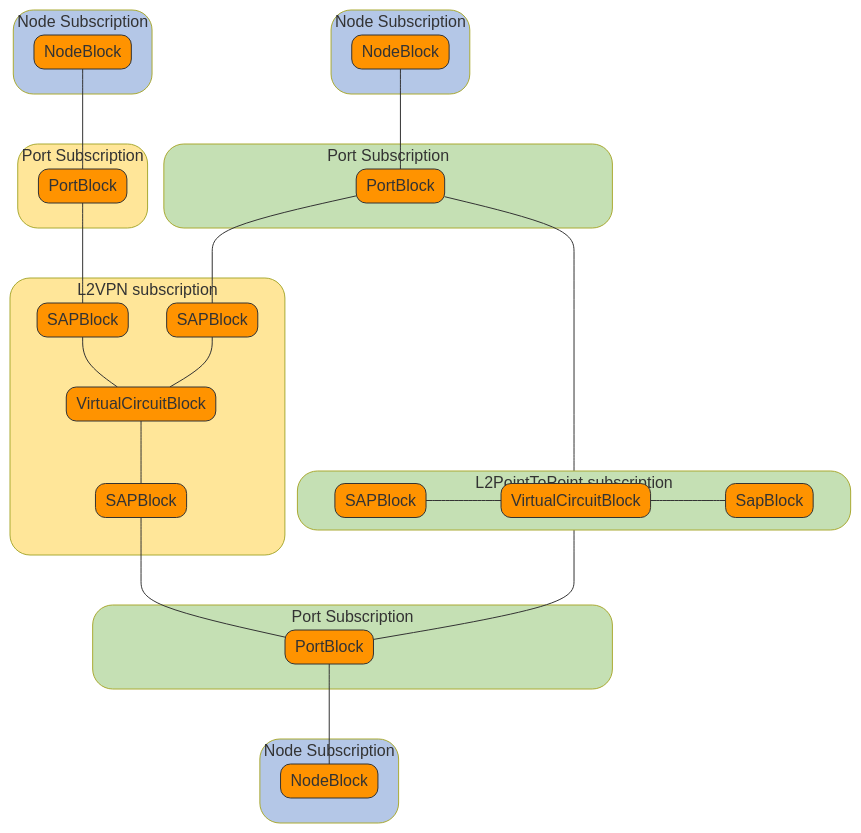
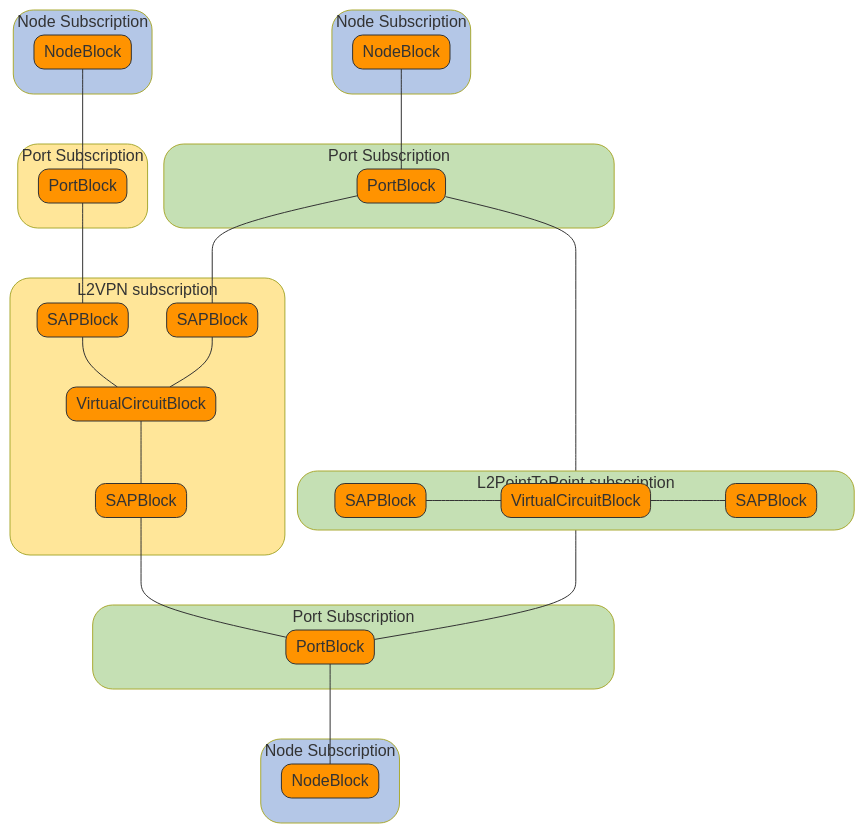
The second of 2 diagrams in docs/workshops/example-orchestrator/scenario.md (workfloworchestrator/workfloworchestrator.github.io), drawn with Mermaid before and after one commit. The commit also changed other lines of this file and 10 other files, not shown here.

````diff
--- a/docs/workshops/example-orchestrator/scenario.md
+++ b/docs/workshops/example-orchestrator/scenario.md
@@ -31,65 +31,65 @@
 ```mermaid
 %%{init: {
     'flowchart': {
         'padding': 5,
         'nodeSpacing': 5
     }
 }}%%
 flowchart
     direction TB
     subgraph sg_node1[Node Subscription]
         node1[NodeBlock]
     end
     subgraph sg_node2[Node Subscription]
         node2[NodeBlock]
     end
     subgraph sg_node3[Node Subscription]
         node3[NodeBlock]
     end
     subgraph sg_port1[Port Subscription]
         port1[PortBlock]
     end
     subgraph sg_port2[Port Subscription]
         port2[PortBlock]
     end
     subgraph sg_port3[Port Subscription]
         port3[PortBlock]
     end
     node1 --- port1
     node2 --- port2
     port3 --- node3
     subgraph sg_l2ptp[L2PointToPoint subscription]
         direction LR
         l2ptp_sap1[SAPBlock]
         l2ptp_vc[VirtualCircuitBlock]
-        l2ptp_sap2[SapBlock]
+        l2ptp_sap2[SAPBlock]
         l2ptp_sap1 --- l2ptp_vc
         l2ptp_vc --- l2ptp_sap2
     end
     port1 --- l2ptp_sap1
     l2ptp_sap2 --- port3
     subgraph sg_l2vpn[L2VPN subscription]
         l2vpn_sap1[SAPBlock]
         l2vpn_sap2[SAPBlock]
         l2vpn_sap3[SAPBlock]
         l2vpn_vc[VirtualCircuitBlock]
         l2vpn_sap1 --- l2vpn_vc
         l2vpn_sap2 --- l2vpn_vc
         l2vpn_vc --- l2vpn_sap3
     end
     port1 --- l2vpn_sap1
     port2 --- l2vpn_sap2
     l2vpn_sap3 --- port3
 
 
     style sg_node1 rx:20,ry:20,fill:#b4c7e7
     style sg_node2 rx:20,ry:20,fill:#b4c7e7
     style sg_node3 rx:20,ry:20,fill:#b4c7e7
     style sg_port1 rx:20,ry:20,fill:#c5e0b4
     style sg_port2 rx:20,ry:20,fill:#ffe699
     style sg_port3 rx:20,ry:20,fill:#c5e0b4
     style sg_l2vpn rx:20,ry:20,fill:#ffe699
     style sg_l2ptp rx:20,ry:20,fill:#c5e0b4
 
     classDef default rx:10,ry:10,fill:#ff9300,stroke:#333,stroke-width:1px
 ```
````
